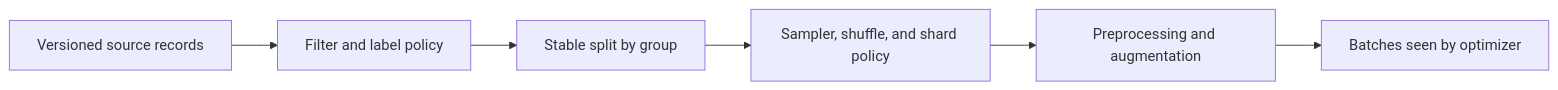
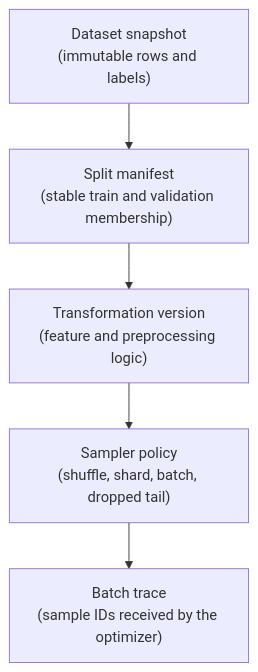
Before and after one commit to senlinyy/dev-roadmaps: the second of 4 diagrams in roadmaps/mlops/modules/experiments-and-reproducibility/reproduction-problems/01-random-seeds-environment-dependency-drift.md, drawn with Mermaid. The commit also changed other lines of this file and 198 other files, not shown here.

````diff
--- a/roadmaps/mlops/modules/experiments-and-reproducibility/reproduction-problems/01-random-seeds-environment-dependency-drift.md
+++ b/roadmaps/mlops/modules/experiments-and-reproducibility/reproduction-problems/01-random-seeds-environment-dependency-drift.md
@@ -90,8 +80,7 @@
 ```mermaid
-flowchart LR
-    S["Versioned source records"] --> F["Filter and label policy"]
-    F --> P["Stable split by group"]
-    P --> O["Sampler, shuffle, and shard policy"]
-    O --> T["Preprocessing and augmentation"]
-    T --> B["Batches seen by optimizer"]
+flowchart TD
+    A["Dataset snapshot<br/>(immutable rows and labels)"] --> B["Split manifest<br/>(stable train and validation membership)"]
+    B --> C["Transformation version<br/>(feature and preprocessing logic)"]
+    C --> D["Sampler policy<br/>(shuffle, shard, batch, dropped tail)"]
+    D --> E["Batch trace<br/>(sample IDs received by the optimizer)"]
 ```
````
